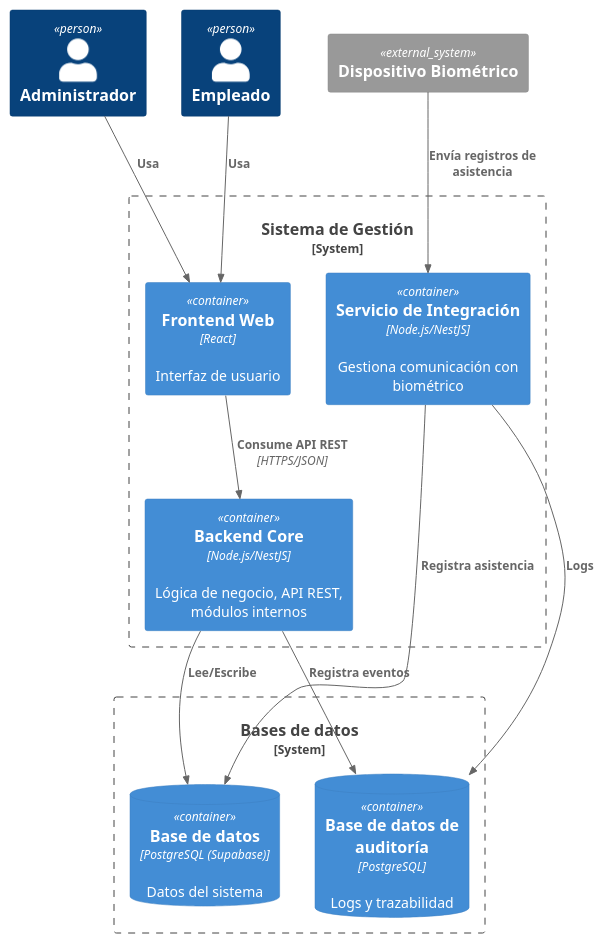
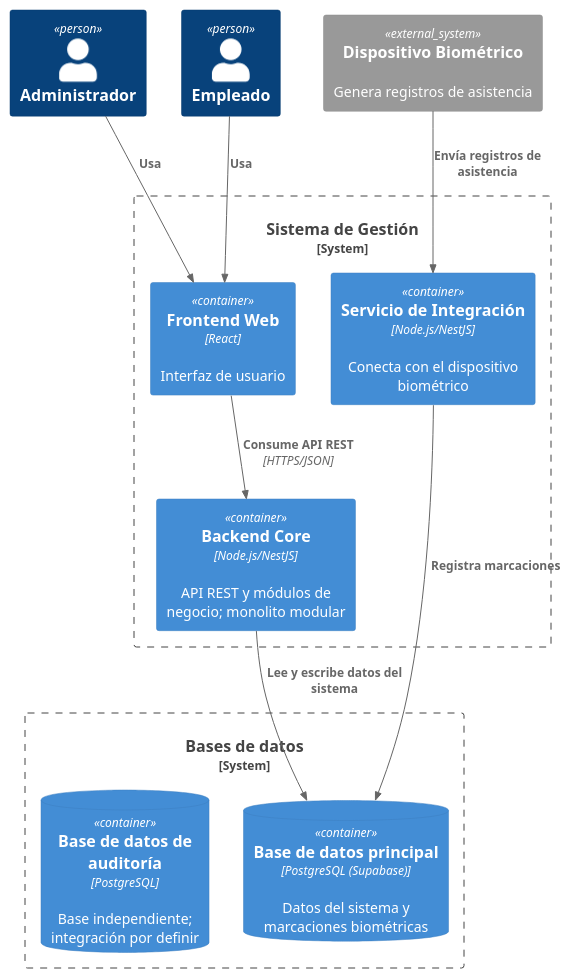
Before and after one commit to sisgal-platform/sisgal-docs: the diagram in docs/diagrams/source/containers.puml, drawn with PlantUML.

Commit message:
docs(diagrams): align C4 views with confirmed architecture

```diff
--- a/docs/diagrams/source/containers.puml
+++ b/docs/diagrams/source/containers.puml
@@ -1,32 +1,27 @@
 @startuml C4_Container
 !include https://raw.githubusercontent.com/plantuml-stdlib/C4-PlantUML/master/C4_Container.puml
 
 Person(admin, "Administrador")
 Person(employee, "Empleado")
 
 System_Boundary(system, "Sistema de Gestión") {
     Container(frontend, "Frontend Web", "React", "Interfaz de usuario")
-    Container(backend, "Backend Core", "Node.js/NestJS", "Lógica de negocio, API REST, módulos internos")
-    Container(integration, "Servicio de Integración", "Node.js/NestJS", "Gestiona comunicación con biométrico")
+    Container(backend, "Backend Core", "Node.js/NestJS", "API REST y módulos de negocio; monolito modular")
+    Container(integration, "Servicio de Integración", "Node.js/NestJS", "Conecta con el dispositivo biométrico")
 }
 
-System_Boundary(db, "Bases de datos") {
-    ContainerDb(system_db, "Base de datos", "PostgreSQL (Supabase)", "Datos del sistema")
-    ContainerDb(audit_db, "Base de datos de auditoría", "PostgreSQL", "Logs y trazabilidad")
+System_Boundary(databases, "Bases de datos") {
+    ContainerDb(system_db, "Base de datos principal", "PostgreSQL (Supabase)", "Datos del sistema y marcaciones biométricas")
+    ContainerDb(audit_db, "Base de datos de auditoría", "PostgreSQL", "Base independiente; integración por definir")
 }
 
-System_Ext(biometric, "Dispositivo Biométrico")
+System_Ext(biometric, "Dispositivo Biométrico", "Genera registros de asistencia")
 
 Rel(admin, frontend, "Usa")
 Rel(employee, frontend, "Usa")
-
 Rel(frontend, backend, "Consume API REST", "HTTPS/JSON")
-
-Rel(backend, system_db, "Lee/Escribe")
-Rel(backend, audit_db, "Registra eventos")
-
-Rel(integration, system_db, "Registra asistencia")
-Rel(integration, audit_db, "Logs")
+Rel(backend, system_db, "Lee y escribe datos del sistema")
+Rel(integration, system_db, "Registra marcaciones")
 Rel(biometric, integration, "Envía registros de asistencia")
 
 @enduml
```
